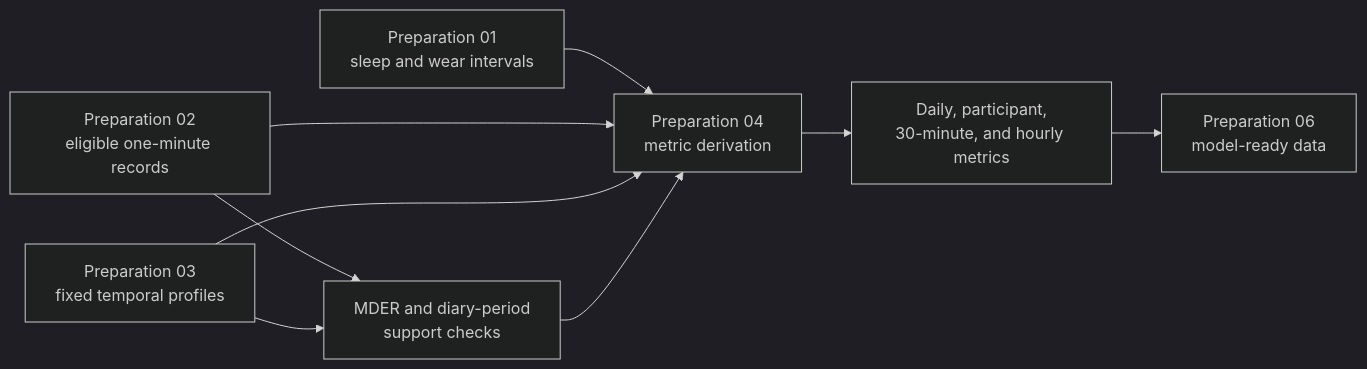
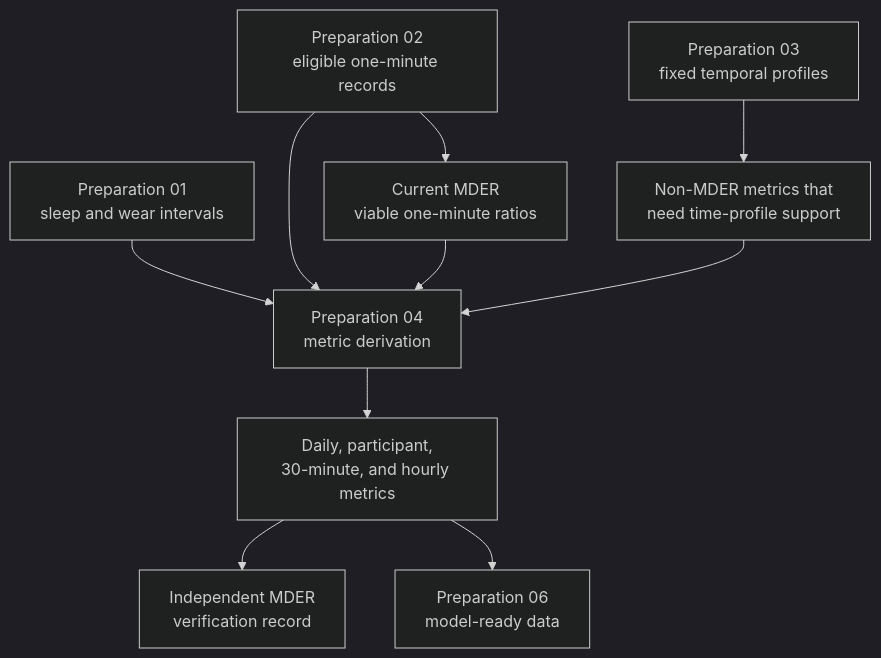
The diagram in notebooks/preparation/04_metric_derivation.qmd (tscnlab/ZaunerEtAl_bioRxiv_2026), drawn with Mermaid (dark theme) before and after one commit. The commit also changed other lines of this file and 21122 other files, not shown here.

````diff
--- a/notebooks/preparation/04_metric_derivation.qmd
+++ b/notebooks/preparation/04_metric_derivation.qmd
@@ -888,11 +1568,12 @@
 ```{mermaid}
-flowchart LR
+flowchart TB
   P1["Preparation 01<br/>sleep and wear intervals"] --> D["Preparation 04<br/>metric derivation"]
-  P2["Preparation 02<br/>eligible one-minute records"] --> G["MDER and diary-period<br/>support checks"]
-  P2 --> D
-  P3["Preparation 03<br/>fixed temporal profiles"] --> G
-  P3 --> D
-  G --> D
+  P2["Preparation 02<br/>eligible one-minute records"] --> D
+  P2 --> M["Current MDER<br/>viable one-minute ratios"]
+  P3["Preparation 03<br/>fixed temporal profiles"] --> N["Non-MDER metrics that<br/>need time-profile support"]
+  N --> D
+  M --> D
   D --> O["Daily, participant,<br/>30-minute, and hourly metrics"]
+  O --> V["Independent MDER<br/>verification record"]
   O --> P6["Preparation 06<br/>model-ready data"]
 ```
````
